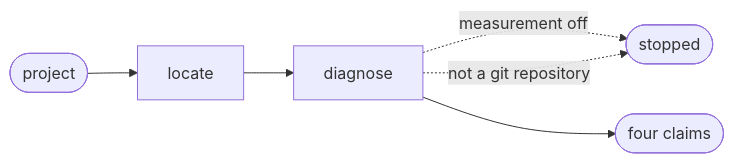
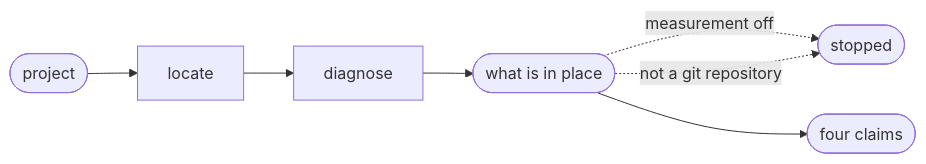
Before and after one commit to ai-driven-dev/aidd-framework: the diagram in plugins/aidd-telemetry/skills/02-check/SKILL.md, drawn with Mermaid. The commit also changed other lines of this file and 6 other files, not shown here.

First line of the commit message:
docs(telemetry): the check skill relays what is in place, and the declared/nowhere split

````diff
--- a/plugins/aidd-telemetry/skills/02-check/SKILL.md
+++ b/plugins/aidd-telemetry/skills/02-check/SKILL.md
@@ -9,7 +9,8 @@
 ```mermaid
 flowchart LR
   ask([project]) --> locate --> diagnose
-  diagnose -.->|"measurement off"| stopped([stopped])
-  diagnose -.->|"not a git repository"| stopped
-  diagnose --> answer([four claims])
+  diagnose --> inplace([what is in place])
+  inplace -.->|"measurement off"| stopped([stopped])
+  inplace -.->|"not a git repository"| stopped
+  inplace --> answer([four claims])
 ```
````
